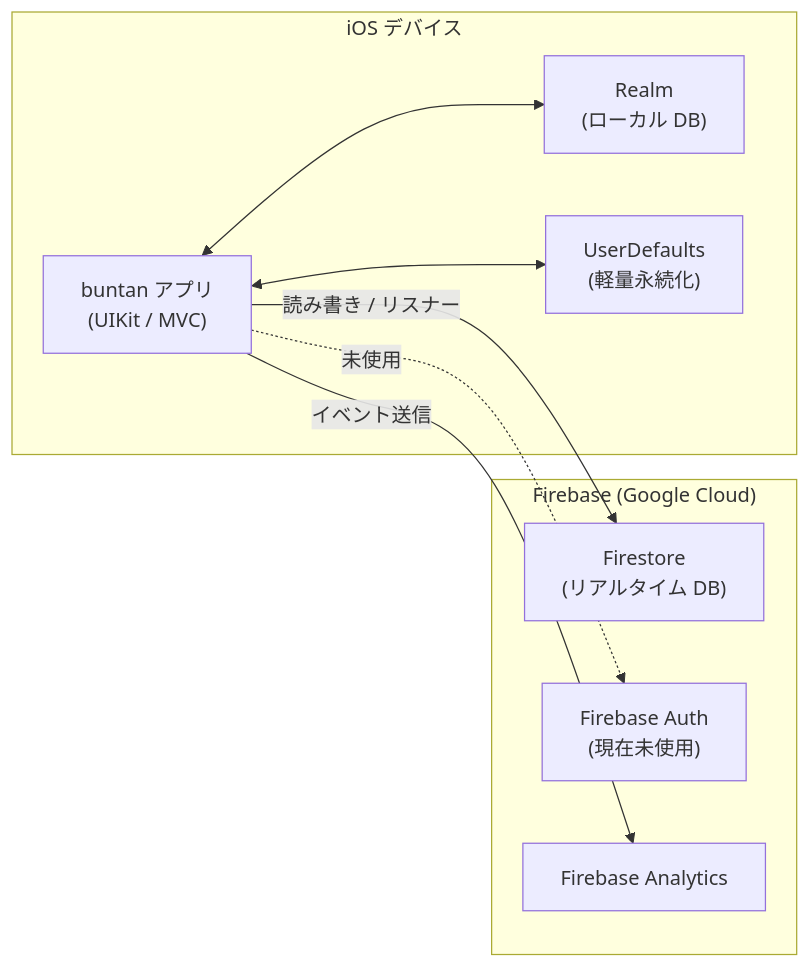
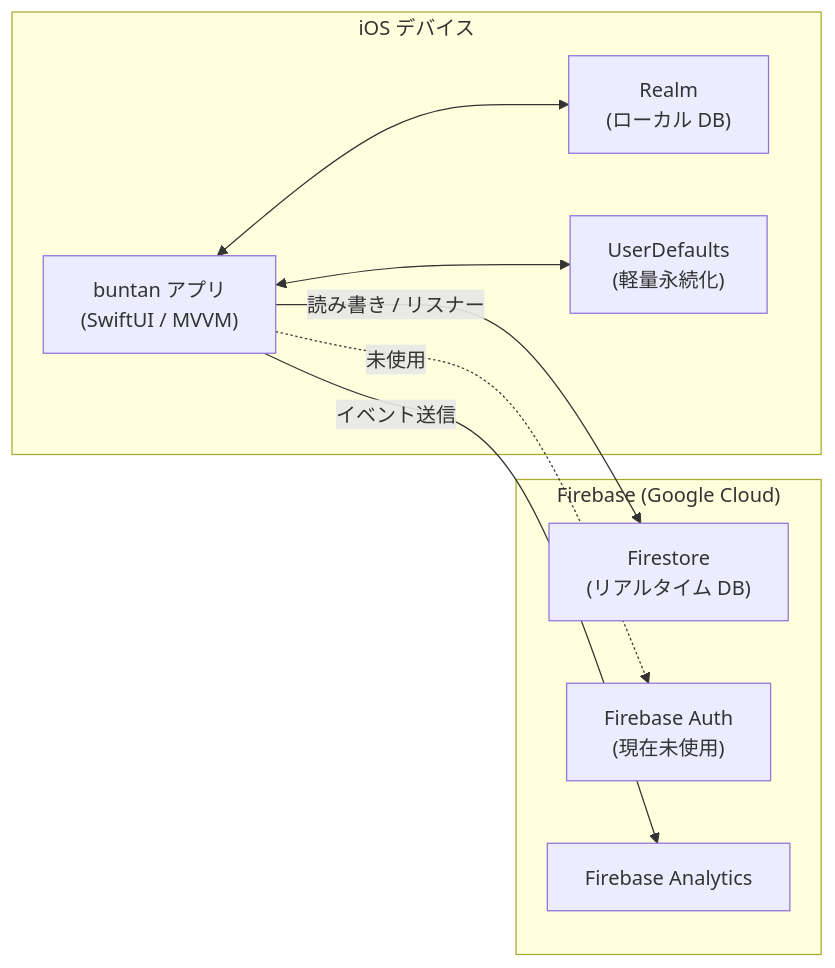
One commit to Nao-RandD/buntan changed the diagram in docs/architecture.md. Above: the diagram before and after it, drawn with Mermaid. The commit also changed other lines of this file and 31 other files, not shown here.

````diff
--- a/docs/architecture.md
+++ b/docs/architecture.md
@@ -40,20 +39,20 @@
 ```mermaid
 flowchart LR
     subgraph Device["iOS デバイス"]
-        App["buntan アプリ\n(UIKit / MVC)"]
+        App["buntan アプリ\n(SwiftUI / MVVM)"]
         Realm["Realm\n(ローカル DB)"]
         UD["UserDefaults\n(軽量永続化)"]
         App <--> Realm
         App <--> UD
     end
 
     subgraph Firebase["Firebase (Google Cloud)"]
         FS["Firestore\n(リアルタイム DB)"]
         Auth["Firebase Auth\n(現在未使用)"]
         Analytics["Firebase Analytics"]
     end
 
     App -->|読み書き / リスナー| FS
     App -->|イベント送信| Analytics
     App -.->|未使用| Auth
 ```
````
